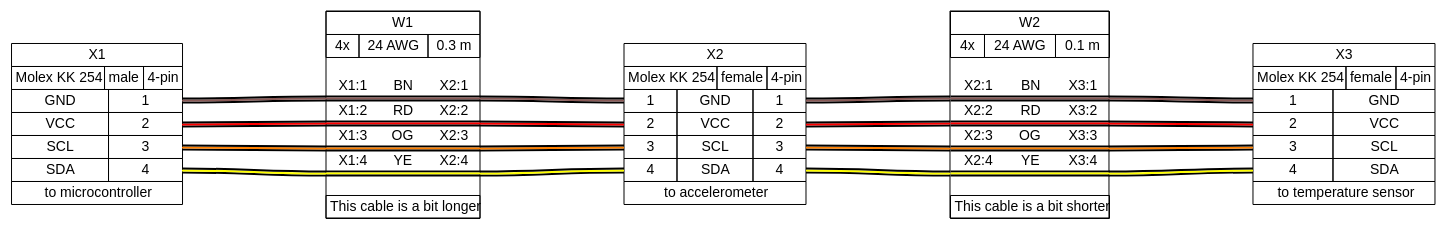
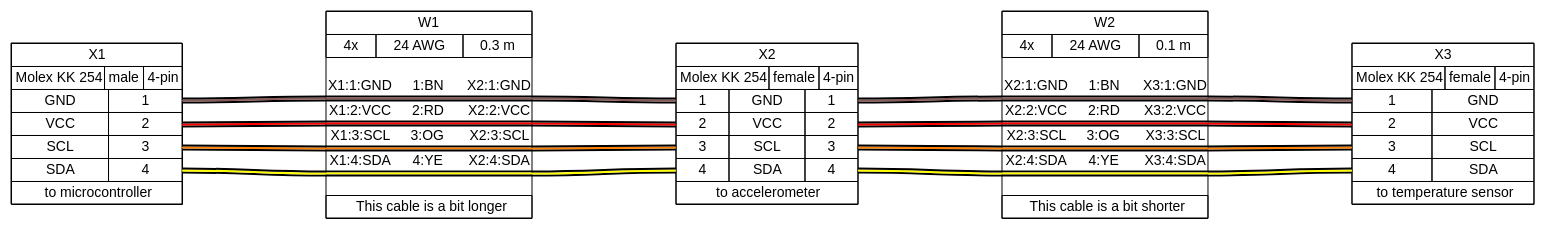
The diagram in tutorial/tutorial04.gv (wireviz/WireViz), drawn with Graphviz before and after one commit. The commit also changed 100 other files, not shown here.

```diff
--- a/tutorial/tutorial04.gv
+++ b/tutorial/tutorial04.gv
@@ -1,8 +1,8 @@
 graph {
-// Graph generated by WireViz 0.2
+// Graph generated by WireViz 0.3
 // https://github.com/formatc1702/WireViz
-	graph [bgcolor=white fontname=arial nodesep=0.33 rankdir=LR ranksep=2]
-	node [fillcolor=white fontname=arial shape=record style=filled]
+	graph [bgcolor="#FFFFFF" fontname=arial nodesep=0.33 rankdir=LR ranksep=2]
+	node [fillcolor="#FFFFFF" fontname=arial height=0 margin=0 shape=none style=filled width=0]
 	edge [fontname=arial style=bold]
 	X1 [label=<
 <table border="0" cellspacing="0" cellpadding="0">
@@ -44,7 +44,7 @@
   </tr></table>
  </td></tr>
 </table>
-> fillcolor=white margin=0 shape=none style=filled]
+> fillcolor="#FFFFFF" shape=box style=filled]
 	X2 [label=<
 <table border="0" cellspacing="0" cellpadding="0">
  <tr><td>
@@ -89,7 +89,7 @@
   </tr></table>
  </td></tr>
 </table>
-> fillcolor=white margin=0 shape=none style=filled]
+> fillcolor="#FFFFFF" shape=box style=filled]
 	X3 [label=<
 <table border="0" cellspacing="0" cellpadding="0">
  <tr><td>
@@ -130,7 +130,7 @@
   </tr></table>
  </td></tr>
 </table>
-> fillcolor=white margin=0 shape=none style=filled]
+> fillcolor="#FFFFFF" shape=box style=filled]
 	edge [color="#000000:#895956:#000000"]
 	X1:p1r:e -- W1:w1:w
 	W1:w1:e -- X2:p1l:w
@@ -161,9 +161,11 @@
   <table border="0" cellspacing="0" cellborder="0">
    <tr><td>&nbsp;</td></tr>
    <tr>
-    <td>X1:1</td>
-    <td>BN</td>
-    <td>X2:1</td>
+    <td>X1:1:GND</td>
+    <td>
+     1:BN
+    </td>
+    <td>X2:1:GND</td>
    </tr>
    <tr>
     <td colspan="3" border="0" cellspacing="0" cellpadding="0" port="w1" height="6">
@@ -175,9 +177,11 @@
     </td>
    </tr>
    <tr>
-    <td>X1:2</td>
-    <td>RD</td>
-    <td>X2:2</td>
+    <td>X1:2:VCC</td>
+    <td>
+     2:RD
+    </td>
+    <td>X2:2:VCC</td>
    </tr>
    <tr>
     <td colspan="3" border="0" cellspacing="0" cellpadding="0" port="w2" height="6">
@@ -189,9 +193,11 @@
     </td>
    </tr>
    <tr>
-    <td>X1:3</td>
-    <td>OG</td>
-    <td>X2:3</td>
+    <td>X1:3:SCL</td>
+    <td>
+     3:OG
+    </td>
+    <td>X2:3:SCL</td>
    </tr>
    <tr>
     <td colspan="3" border="0" cellspacing="0" cellpadding="0" port="w3" height="6">
@@ -203,9 +209,11 @@
     </td>
    </tr>
    <tr>
-    <td>X1:4</td>
-    <td>YE</td>
-    <td>X2:4</td>
+    <td>X1:4:SDA</td>
+    <td>
+     4:YE
+    </td>
+    <td>X2:4:SDA</td>
    </tr>
    <tr>
     <td colspan="3" border="0" cellspacing="0" cellpadding="0" port="w4" height="6">
@@ -225,7 +233,7 @@
   </tr></table>
  </td></tr>
 </table>
-> fillcolor=white margin=0 shape=box style=""]
+> fillcolor="#FFFFFF" shape=box style=filled]
 	edge [color="#000000:#895956:#000000"]
 	X2:p1r:e -- W2:w1:w
 	W2:w1:e -- X3:p1l:w
@@ -256,9 +264,11 @@
   <table border="0" cellspacing="0" cellborder="0">
    <tr><td>&nbsp;</td></tr>
    <tr>
-    <td>X2:1</td>
-    <td>BN</td>
-    <td>X3:1</td>
+    <td>X2:1:GND</td>
+    <td>
+     1:BN
+    </td>
+    <td>X3:1:GND</td>
    </tr>
    <tr>
     <td colspan="3" border="0" cellspacing="0" cellpadding="0" port="w1" height="6">
@@ -270,9 +280,11 @@
     </td>
    </tr>
    <tr>
-    <td>X2:2</td>
-    <td>RD</td>
-    <td>X3:2</td>
+    <td>X2:2:VCC</td>
+    <td>
+     2:RD
+    </td>
+    <td>X3:2:VCC</td>
    </tr>
    <tr>
     <td colspan="3" border="0" cellspacing="0" cellpadding="0" port="w2" height="6">
@@ -284,9 +296,11 @@
     </td>
    </tr>
    <tr>
-    <td>X2:3</td>
-    <td>OG</td>
-    <td>X3:3</td>
+    <td>X2:3:SCL</td>
+    <td>
+     3:OG
+    </td>
+    <td>X3:3:SCL</td>
    </tr>
    <tr>
     <td colspan="3" border="0" cellspacing="0" cellpadding="0" port="w3" height="6">
@@ -298,9 +312,11 @@
     </td>
    </tr>
    <tr>
-    <td>X2:4</td>
-    <td>YE</td>
-    <td>X3:4</td>
+    <td>X2:4:SDA</td>
+    <td>
+     4:YE
+    </td>
+    <td>X3:4:SDA</td>
    </tr>
    <tr>
     <td colspan="3" border="0" cellspacing="0" cellpadding="0" port="w4" height="6">
@@ -320,5 +336,5 @@
   </tr></table>
  </td></tr>
 </table>
-> fillcolor=white margin=0 shape=box style=""]
+> fillcolor="#FFFFFF" shape=box style=filled]
 }
```
